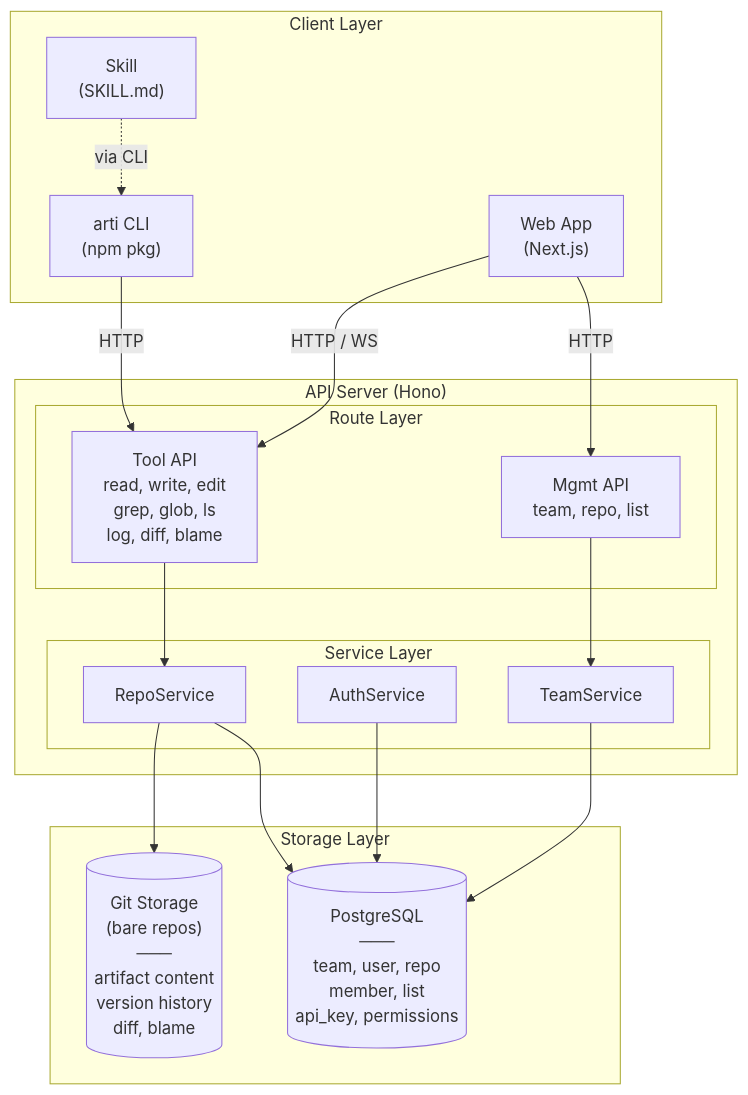
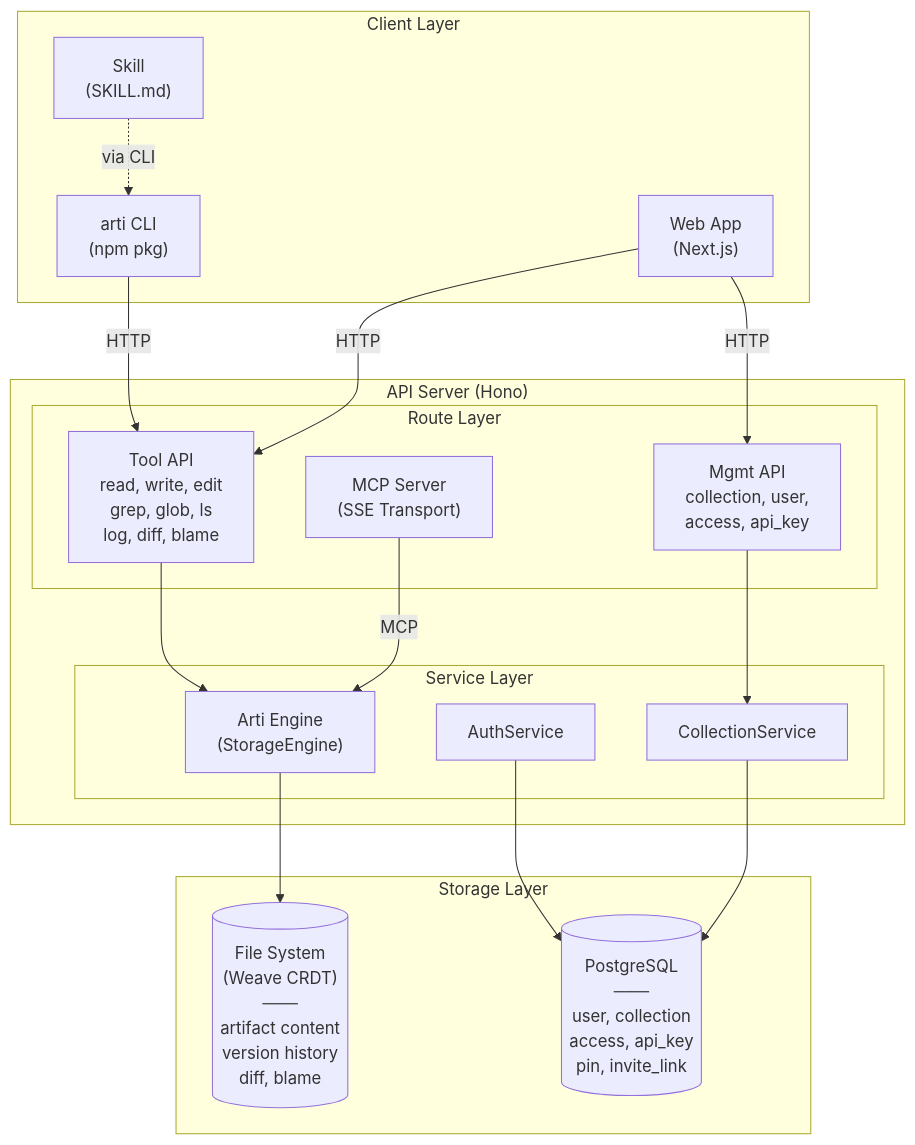
One commit to glance2life/openarti changed the first of 11 diagrams in design.md. Above: the diagram before and after it, drawn with Mermaid. The commit also changed other lines of this file and 162 other files, not shown here.

First line of the commit message:
refactor: 从 git-repo 架构重构为 collection/artifact 架构

````diff
--- a/design.md
+++ b/design.md
@@ -7,39 +7,39 @@
 ```mermaid
 graph TB
     subgraph Clients["Client Layer"]
         Web["Web App<br/>(Next.js)"]
         CLI["arti CLI<br/>(npm pkg)"]
         Skill["Skill<br/>(SKILL.md)"]
     end
 
-
     subgraph Server["API Server (Hono)"]
         subgraph Routes["Route Layer"]
             ToolAPI["Tool API<br/>read, write, edit<br/>grep, glob, ls<br/>log, diff, blame"]
-            MgmtAPI["Mgmt API<br/>team, repo, list"]
+            MgmtAPI["Mgmt API<br/>collection, user,<br/>access, api_key"]
+            MCPServer["MCP Server<br/>(SSE Transport)"]
         end
         subgraph Services["Service Layer"]
-            RepoService["RepoService"]
-            TeamService["TeamService"]
+            ArtiEngine["Arti Engine<br/>(StorageEngine)"]
+            CollectionService["CollectionService"]
             AuthService["AuthService"]
         end
     end
 
     subgraph Storage["Storage Layer"]
-        Git[("Git Storage<br/>(bare repos)<br/>───<br/>artifact content<br/>version history<br/>diff, blame")]
-        PG[("PostgreSQL<br/>───<br/>team, user, repo<br/>member, list<br/>api_key, permissions")]
+        FS[("File System<br/>(Weave CRDT)<br/>───<br/>artifact content<br/>version history<br/>diff, blame")]
+        PG[("PostgreSQL<br/>───<br/>user, collection<br/>access, api_key<br/>pin, invite_link")]
     end
 
-    Web -->|"HTTP / WS"| ToolAPI
+    Web -->|"HTTP"| ToolAPI
     Web -->|"HTTP"| MgmtAPI
     CLI -->|"HTTP"| ToolAPI
     Skill -.->|"via CLI"| CLI
+    MCPServer -->|"MCP"| ArtiEngine
 
-    ToolAPI --> RepoService
-    MgmtAPI --> TeamService
+    ToolAPI --> ArtiEngine
+    MgmtAPI --> CollectionService
 
-    RepoService --> Git
-    TeamService --> PG
+    ArtiEngine --> FS
+    CollectionService --> PG
     AuthService --> PG
-    RepoService --> PG
 ```
````
